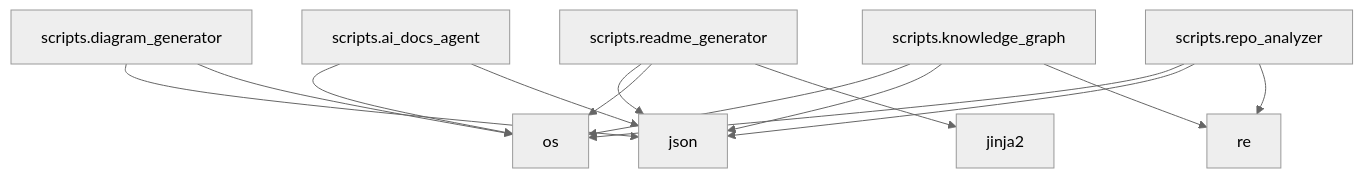
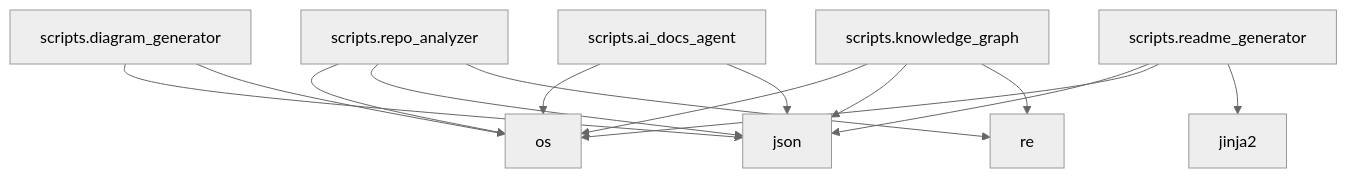
Before and after one commit to NITISH-R-G/FACE-EMOTION-DETECTION: the diagram in README.md, drawn with Mermaid (neutral theme). The commit also changed other lines of this file and 3 other files, not shown here.

Commit message:
docs: auto-update repository documentation and diagrams [skip ci]

````diff
--- a/README.md
+++ b/README.md
@@ -45,30 +45,30 @@
 ```mermaid
 graph TD;
+    scripts_repo_analyzer["scripts.repo_analyzer"];
+    click scripts_repo_analyzer "scripts/repo_analyzer.py" "View source";
+    os["os"];
+    json["json"];
+    re["re"];
     scripts_diagram_generator["scripts.diagram_generator"];
     click scripts_diagram_generator "scripts/diagram_generator.py" "View source";
-    json["json"];
-    os["os"];
+    scripts_knowledge_graph["scripts.knowledge_graph"];
+    click scripts_knowledge_graph "scripts/knowledge_graph.py" "View source";
     scripts_readme_generator["scripts.readme_generator"];
     click scripts_readme_generator "scripts/readme_generator.py" "View source";
     jinja2["jinja2"];
-    scripts_knowledge_graph["scripts.knowledge_graph"];
-    click scripts_knowledge_graph "scripts/knowledge_graph.py" "View source";
-    re["re"];
     scripts_ai_docs_agent["scripts.ai_docs_agent"];
     click scripts_ai_docs_agent "scripts/ai_docs_agent.py" "View source";
-    scripts_repo_analyzer["scripts.repo_analyzer"];
-    click scripts_repo_analyzer "scripts/repo_analyzer.py" "View source";
+    scripts_repo_analyzer --> os;
+    scripts_repo_analyzer --> json;
+    scripts_repo_analyzer --> re;
     scripts_diagram_generator --> json;
     scripts_diagram_generator --> os;
+    scripts_knowledge_graph --> os;
+    scripts_knowledge_graph --> json;
+    scripts_knowledge_graph --> re;
     scripts_readme_generator --> json;
     scripts_readme_generator --> os;
     scripts_readme_generator --> jinja2;
-    scripts_knowledge_graph --> os;
-    scripts_knowledge_graph --> json;
-    scripts_knowledge_graph --> re;
     scripts_ai_docs_agent --> os;
     scripts_ai_docs_agent --> json;
-    scripts_repo_analyzer --> os;
-    scripts_repo_analyzer --> json;
-    scripts_repo_analyzer --> re;
 ```
````
